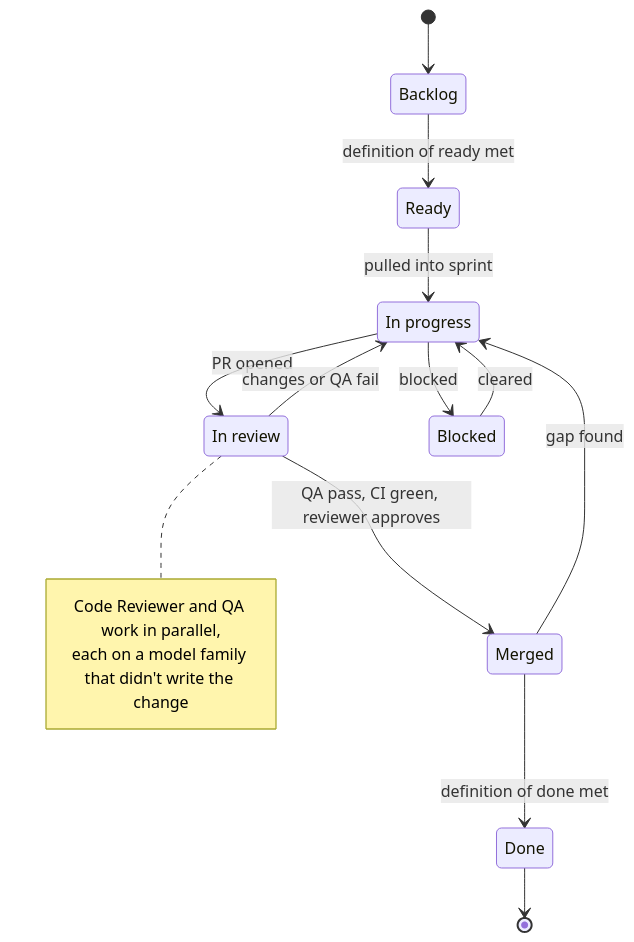
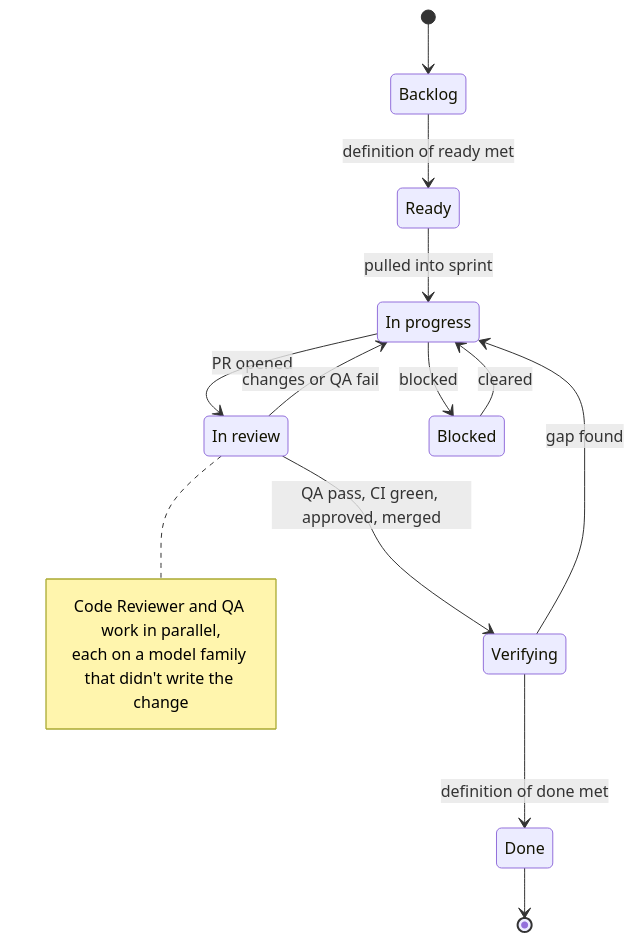
One commit to sheepnir/GrokBot_DevFlow changed the third of 3 diagrams in README.md. Above: the diagram before and after it, drawn with Mermaid. The commit also changed other lines of this file, not shown here.

First line of the commit message:
Address CTO review of the README charts

````diff
--- a/README.md
+++ b/README.md
@@ -155,20 +160,20 @@
 ```mermaid
 stateDiagram-v2
     state "In progress" as InProgress
     state "In review" as InReview
     [*] --> Backlog
     Backlog --> Ready: definition of ready met
     Ready --> InProgress: pulled into sprint
     InProgress --> InReview: PR opened
     InReview --> InProgress: changes or QA fail
-    InReview --> Merged: QA pass, CI green, reviewer approves
-    Merged --> Done: definition of done met
-    Merged --> InProgress: gap found
+    InReview --> Verifying: QA pass, CI green, approved, merged
+    Verifying --> Done: definition of done met
+    Verifying --> InProgress: gap found
     InProgress --> Blocked: blocked
     Blocked --> InProgress: cleared
     Done --> [*]
     note right of InReview
         Code Reviewer and QA work in parallel,
         each on a model family that didn't write the change
     end note
 ```
````
